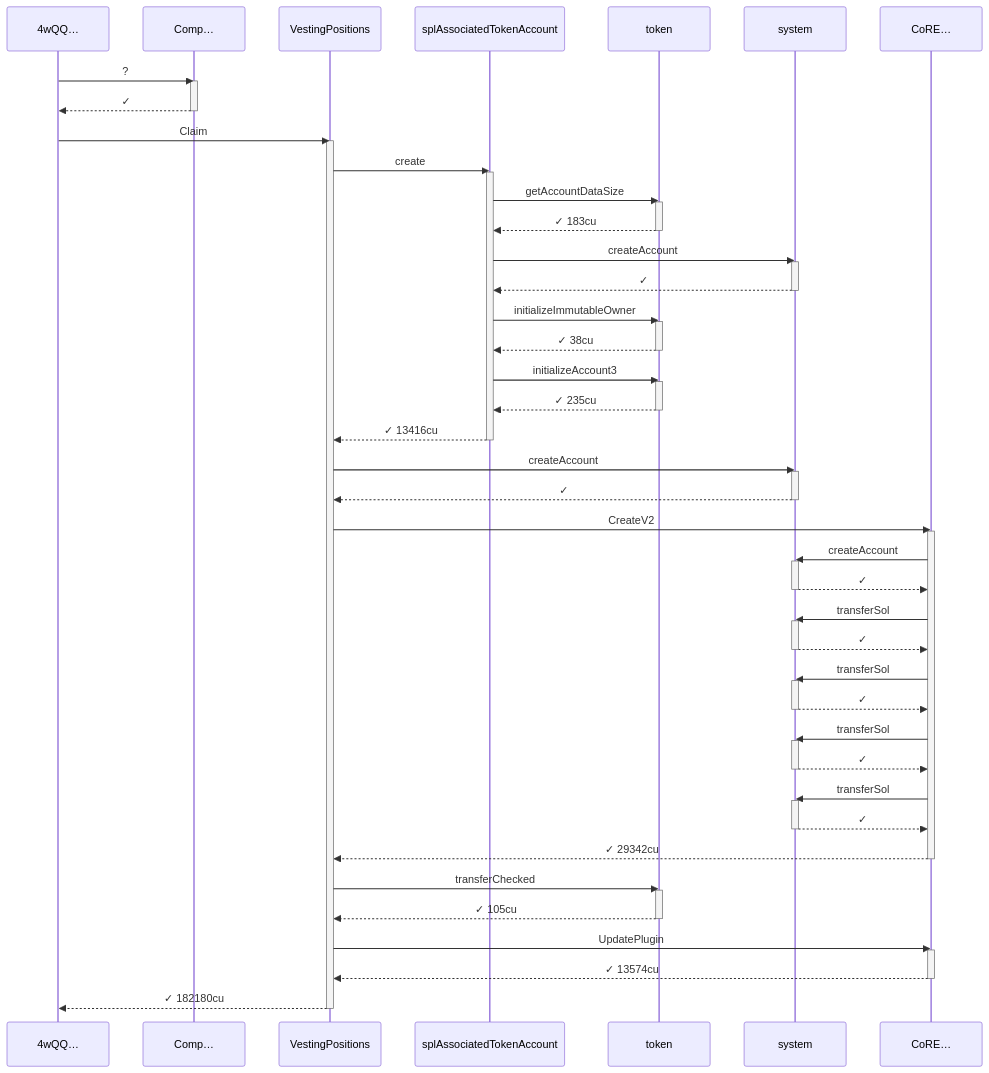
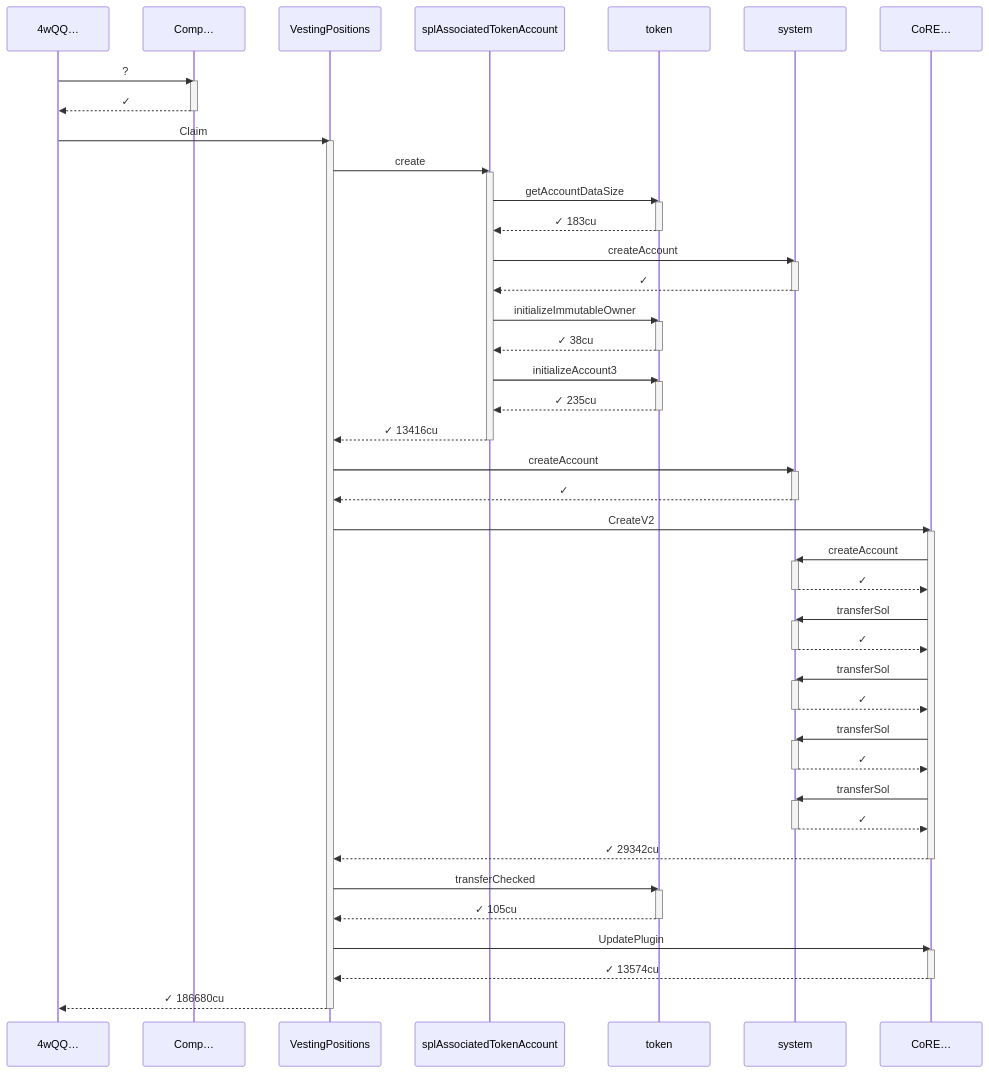
The second of 2 diagrams in babelfish-tests/test-report/compute_units_profile.md (cds-turbin3/vesting-position), drawn with Mermaid before and after one commit. The commit also changed other lines of this file and 106 other files, not shown here.

````diff
--- a/babelfish-tests/test-report/compute_units_profile.md
+++ b/babelfish-tests/test-report/compute_units_profile.md
@@ -111,74 +111,74 @@
 ```mermaid
 sequenceDiagram
     participant p0 as 4wQQ…
     participant p1 as Comp…
     participant p2 as VestingPositions
     participant p3 as splAssociatedTokenAccount
     participant p4 as token
     participant p5 as system
     participant p6 as CoRE…
     p0->>p1: ?
     activate p1
     p1-->>p0: ✓
     deactivate p1
     p0->>p2: Claim
     activate p2
     p2->>p3: create
     activate p3
     p3->>p4: getAccountDataSize
     activate p4
     p4-->>p3: ✓ 183cu
     deactivate p4
     p3->>p5: createAccount
     activate p5
     p5-->>p3: ✓
     deactivate p5
     p3->>p4: initializeImmutableOwner
     activate p4
     p4-->>p3: ✓ 38cu
     deactivate p4
     p3->>p4: initializeAccount3
     activate p4
     p4-->>p3: ✓ 235cu
     deactivate p4
     p3-->>p2: ✓ 13416cu
     deactivate p3
     p2->>p5: createAccount
     activate p5
     p5-->>p2: ✓
     deactivate p5
     p2->>p6: CreateV2
     activate p6
     p6->>p5: createAccount
     activate p5
     p5-->>p6: ✓
     deactivate p5
     p6->>p5: transferSol
     activate p5
     p5-->>p6: ✓
     deactivate p5
     p6->>p5: transferSol
     activate p5
     p5-->>p6: ✓
     deactivate p5
     p6->>p5: transferSol
     activate p5
     p5-->>p6: ✓
     deactivate p5
     p6->>p5: transferSol
     activate p5
     p5-->>p6: ✓
     deactivate p5
     p6-->>p2: ✓ 29342cu
     deactivate p6
     p2->>p4: transferChecked
     activate p4
     p4-->>p2: ✓ 105cu
     deactivate p4
     p2->>p6: UpdatePlugin
     activate p6
     p6-->>p2: ✓ 13574cu
     deactivate p6
-    p2-->>p0: ✓ 182180cu
+    p2-->>p0: ✓ 186680cu
     deactivate p2
 ```
````
